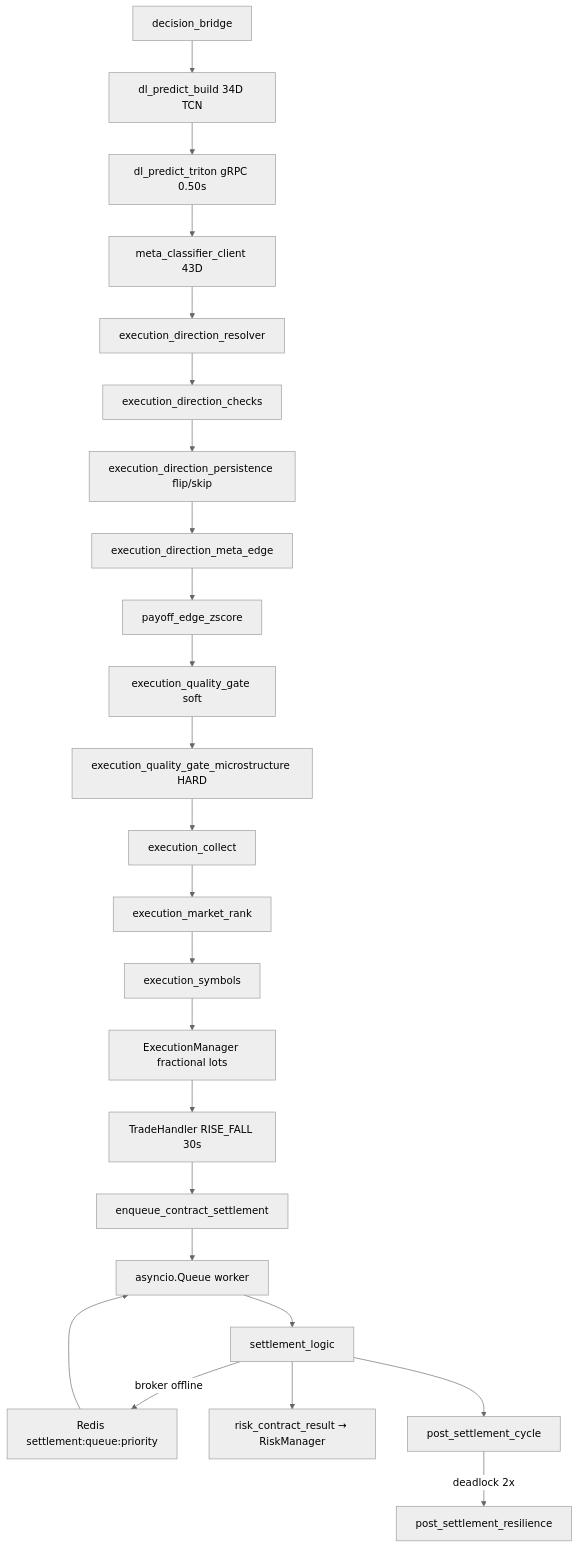
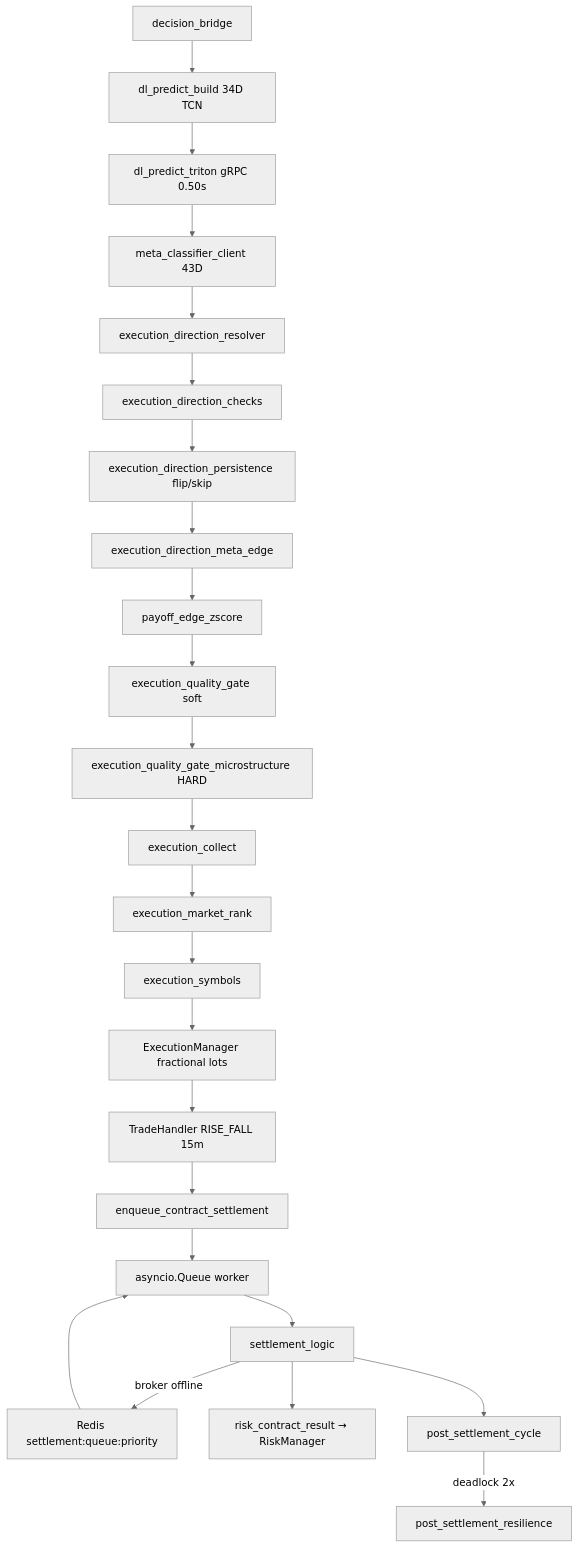
One commit to victorh-silveira/aether-quantum-engine changed the diagram in docs/structure.md. Above: the diagram before and after it, drawn with Mermaid (neutral theme). The commit also changed other lines of this file and 309 other files, not shown here.

````diff
--- a/docs/structure.md
+++ b/docs/structure.md
@@ -483,26 +482,26 @@
 ```mermaid
 flowchart TD
   BR[decision_bridge] --> BUNDLE[dl_predict_build 34D TCN]
   BUNDLE --> PRED[dl_predict_triton gRPC 0.50s]
   PRED --> META[meta_classifier_client 43D]
   META --> RES[execution_direction_resolver]
   RES --> CHK[execution_direction_checks]
   CHK --> DG[execution_direction_persistence flip/skip]
   DG --> EDGE[execution_direction_meta_edge]
   EDGE --> ZS[payoff_edge_zscore]
   ZS --> QG[execution_quality_gate soft]
   QG --> MICRO[execution_quality_gate_microstructure HARD]
   MICRO --> COL[execution_collect]
   COL --> RANK[execution_market_rank]
   RANK --> SYM[execution_symbols]
   SYM --> EM[ExecutionManager fractional lots]
-  EM --> TH[TradeHandler RISE_FALL 30s]
+  EM --> TH[TradeHandler RISE_FALL 15m]
   TH --> ENQ[enqueue_contract_settlement]
   ENQ --> WQ[asyncio.Queue worker]
   WQ --> ST[settlement_logic]
   ST -->|broker offline| RQ[Redis settlement:queue:priority]
   RQ --> WQ
   ST --> RM[risk_contract_result → RiskManager]
   ST --> PSC[post_settlement_cycle]
   PSC -->|deadlock 2x| REC[post_settlement_resilience]
 ```
````
